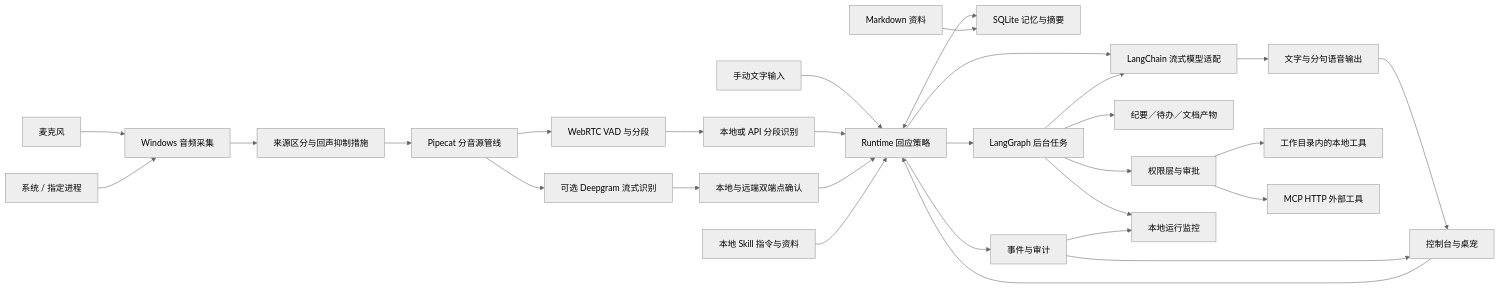
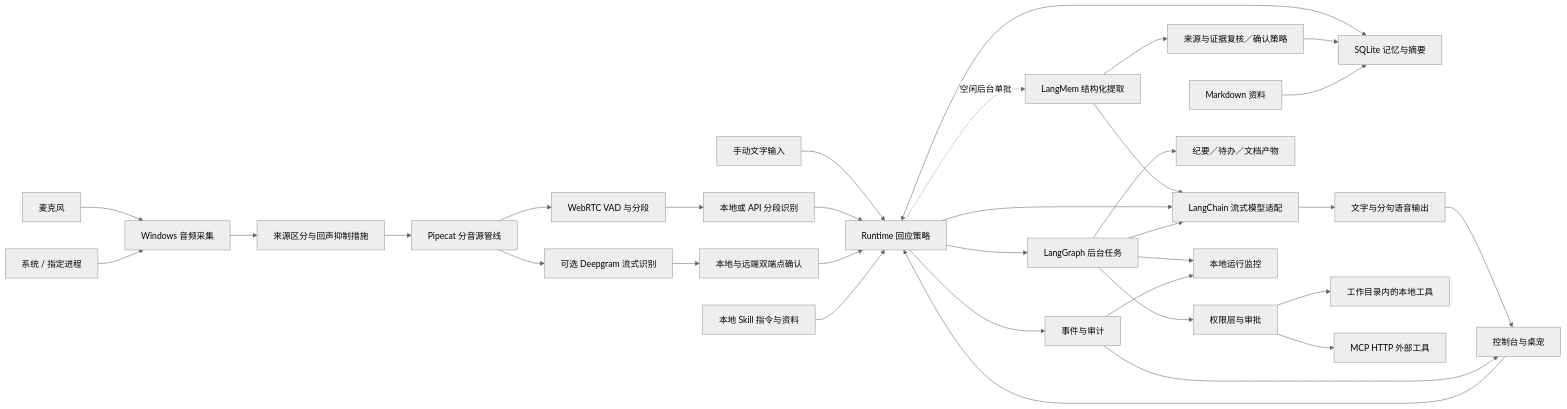
Before and after one commit to MuzeAnisichael/GreatSage: the diagram in docs/architecture.md, drawn with Mermaid (neutral theme). The commit also changed other lines of this file and 22 other files, not shown here.

````diff
--- a/docs/architecture.md
+++ b/docs/architecture.md
@@ -7,31 +7,35 @@
 ```mermaid
 flowchart LR
     Mic[麦克风] --> Capture[Windows 音频采集]
     Desktop[系统 / 指定进程] --> Capture
     Capture --> Echo[来源区分与回声抑制措施]
     Echo --> Pipe[Pipecat 分音源管线]
     Pipe --> VAD[WebRTC VAD 与分段]
     VAD --> ASR[本地或 API 分段识别]
     Pipe --> Streaming[可选 Deepgram 流式识别]
     Streaming --> Turn[本地与远端双端点确认]
     Text[手动文字输入] --> Runtime[Runtime 回应策略]
     ASR --> Runtime
     Turn --> Runtime
     Runtime <--> Memory[SQLite 记忆与摘要]
+    Runtime -. 空闲后台单批 .-> Extract[LangMem 结构化提取]
+    Extract --> LLM
+    Extract --> Validate[来源与证据复核／确认策略]
+    Validate --> Memory
     Skills[本地 Skill 指令与资料] --> Runtime
     Runtime --> LLM[LangChain 流式模型适配]
     LLM --> Output[文字与分句语音输出]
     Output --> UI[控制台与桌宠]
     UI --> Runtime
     Runtime --> Events[事件与审计]
     Events --> UI
     Materials[Markdown 资料] --> Memory
     Runtime --> Tasks[LangGraph 后台任务]
     Tasks --> LLM
     Tasks --> Artifacts[纪要／待办／文档产物]
     Tasks --> Policy[权限层与审批]
     Policy --> Tools[工作目录内的本地工具]
     Policy --> MCP[MCP HTTP 外部工具]
     Tasks --> Inspector[本地运行监控]
     Events --> Inspector
 ```
````
